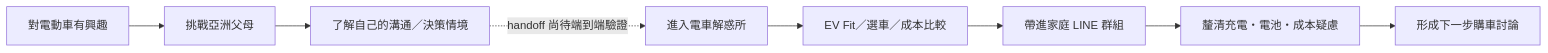
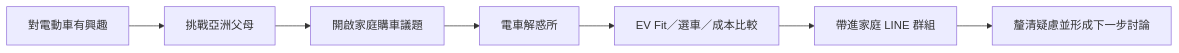
Before and after one commit to WhiteChocolate0/toyota-ev-linebot: the first of 2 diagrams in README.md, drawn with Mermaid. The commit also changed other lines of this file, not shown here.

````diff
--- a/README.md
+++ b/README.md
@@ -41,10 +62,9 @@
 ```mermaid
 flowchart LR
     A[對電動車有興趣] --> B[挑戰亞洲父母]
-    B --> C[了解自己的溝通／決策情境]
-    C -. handoff 尚待端到端驗證 .-> D[進入電車解惑所]
+    B --> C[開啟家庭購車議題]
+    C --> D[電車解惑所]
     D --> E[EV Fit／選車／成本比較]
     E --> F[帶進家庭 LINE 群組]
-    F --> G[釐清充電・電池・成本疑慮]
-    G --> H[形成下一步購車討論]
+    F --> G[釐清疑慮並形成下一步討論]
 ```
````
